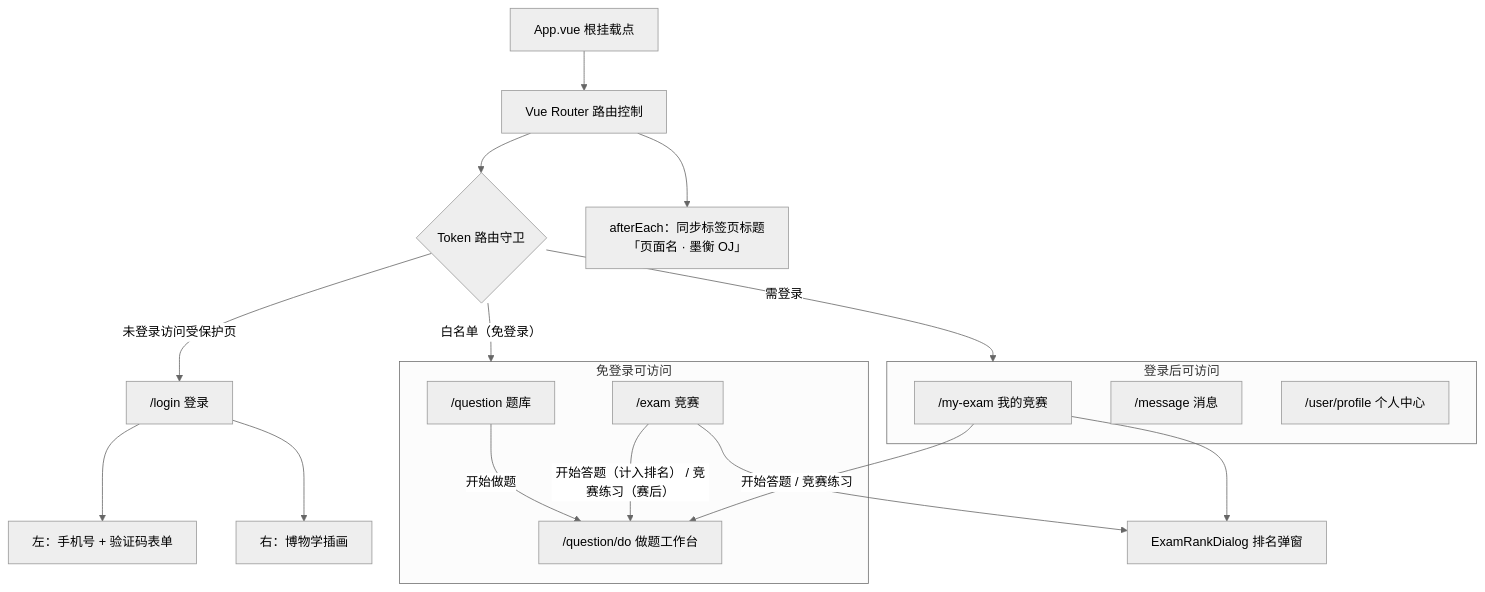
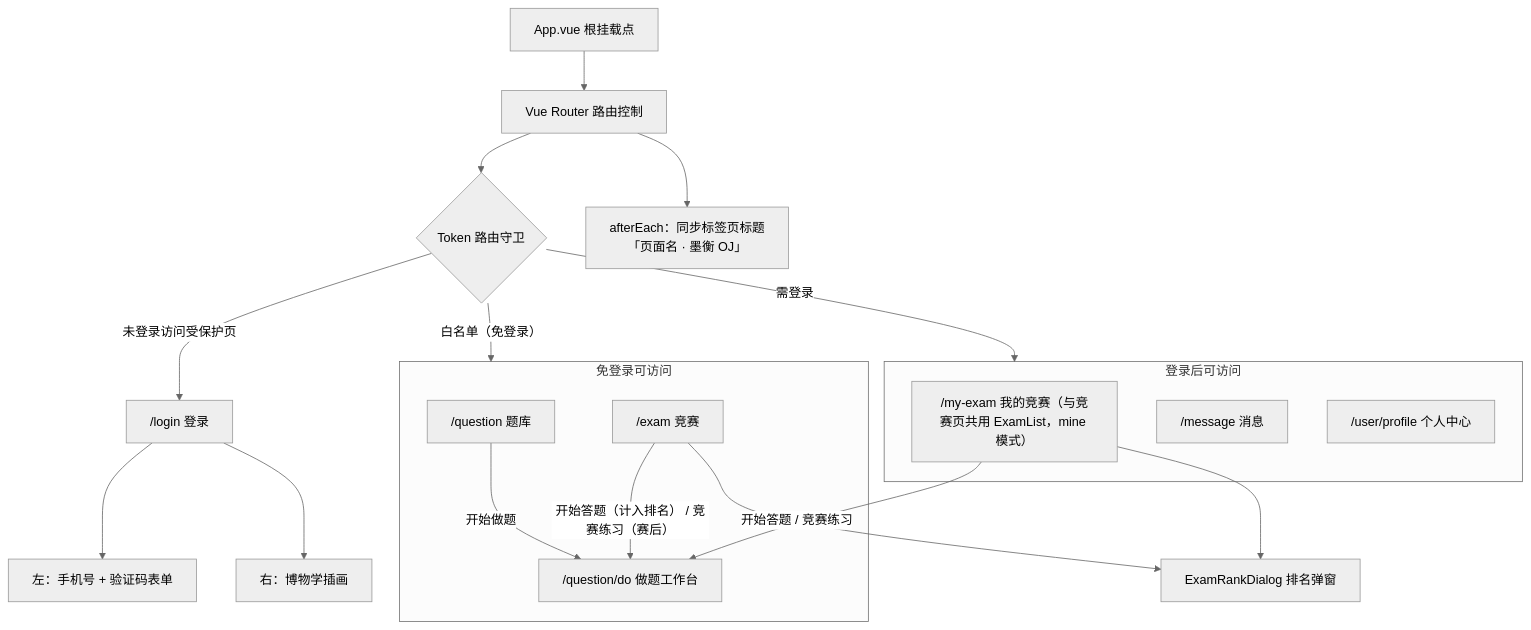
One commit to pluchon/online_oj_vue changed the fifth of 12 diagrams in README.md. Above: the diagram before and after it, drawn with Mermaid (neutral theme). The commit also changed other lines of this file and 44 other files, not shown here.

````diff
--- a/README.md
+++ b/README.md
@@ -129,30 +129,30 @@
 ```mermaid
 flowchart TD
     App["App.vue 根挂载点"] --> Router["Vue Router 路由控制"]
     Router --> Guard{"Token 路由守卫"}
     Router --> Title["afterEach：同步标签页标题<br/>「页面名 · 墨衡 OJ」"]
 
     Guard --"白名单（免登录）"--> Public
     Guard --"需登录"--> Private
     Guard --"未登录访问受保护页"--> Login["/login 登录"]
 
     subgraph Public["免登录可访问"]
         QList["/question 题库"]
         QDo["/question/do 做题工作台"]
         EList["/exam 竞赛"]
     end
 
     subgraph Private["登录后可访问"]
-        MyExam["/my-exam 我的竞赛"]
+        MyExam["/my-exam 我的竞赛（与竞赛页共用 ExamList，mine 模式）"]
         Msg["/message 消息"]
         Profile["/user/profile 个人中心"]
     end
 
     Login --> LoginForm["左：手机号 + 验证码表单"]
     Login --> LoginArt["右：博物学插画"]
     QList --"开始做题"--> QDo
     EList --"开始答题（计入排名） / 竞赛练习（赛后）"--> QDo
     MyExam --"开始答题 / 竞赛练习"--> QDo
     EList --> ERank["ExamRankDialog 排名弹窗"]
     MyExam --> ERank
 ```
````
